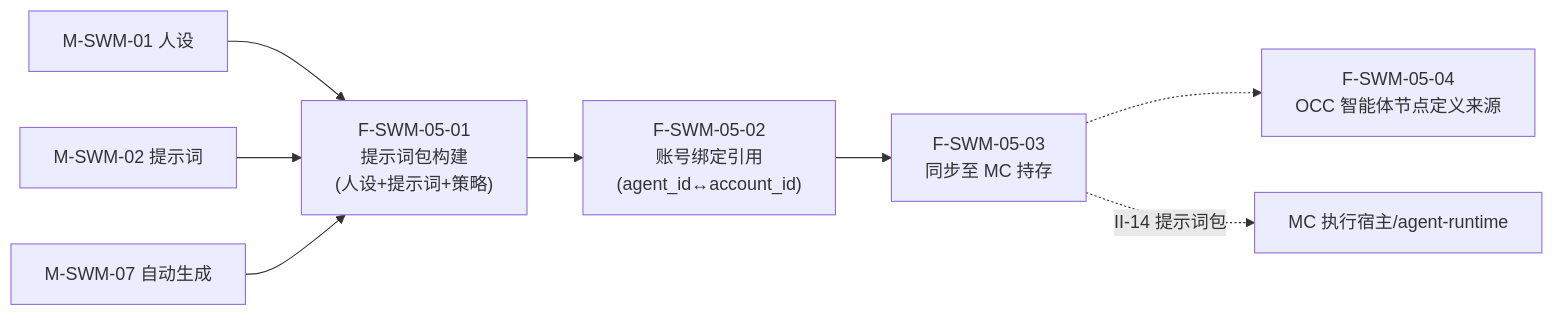
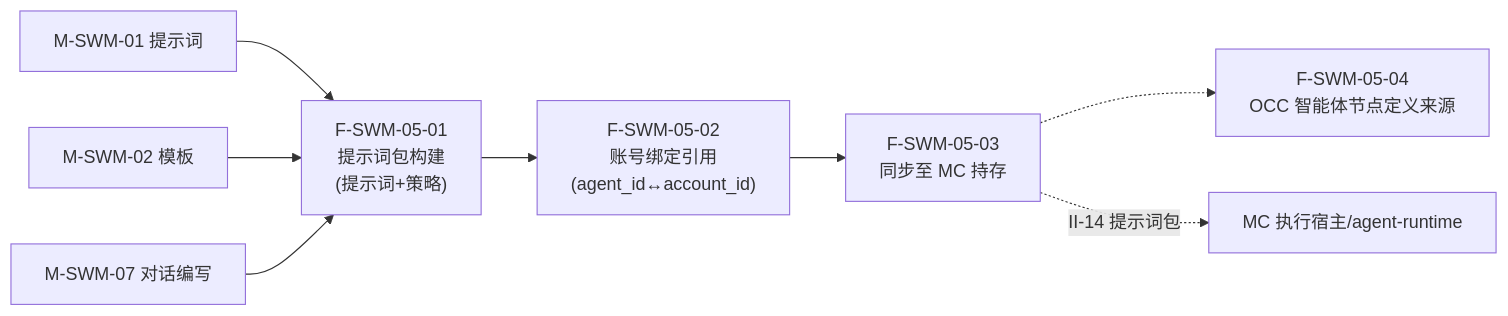
Diagram 26 of 49 in 公司项目/认知作战/文档/软件概要设计-架构图.md (Sj-g/obsidian), drawn with Mermaid before and after one commit. The commit also changed other lines of this file and 9 other files, not shown here.

````diff
--- a/公司项目/认知作战/文档/软件概要设计-架构图.md
+++ b/公司项目/认知作战/文档/软件概要设计-架构图.md
@@ -512,12 +510,12 @@
 ```mermaid
 flowchart LR
-    F0501["F-SWM-05-01<br/>提示词包构建<br/>(人设+提示词+策略)"]
+    F0501["F-SWM-05-01<br/>提示词包构建<br/>(提示词+策略)"]
     F0502["F-SWM-05-02<br/>账号绑定引用<br/>(agent_id↔account_id)"]
     F0503["F-SWM-05-03<br/>同步至 MC 持存"]
     F0504["F-SWM-05-04<br/>OCC 智能体节点定义来源"]
 
     F0501 --> F0502 --> F0503
     F0503 -.-> F0504
-    SWM1["M-SWM-01 人设"] & SWM2["M-SWM-02 提示词"] & SWM7["M-SWM-07 自动生成"] --> F0501
+    SWM1["M-SWM-01 提示词"] & SWM2["M-SWM-02 模板"] & SWM7["M-SWM-07 对话编写"] --> F0501
     F0503 -.->|"II-14 提示词包"| MC["MC 执行宿主/agent-runtime"]
 ```
````
